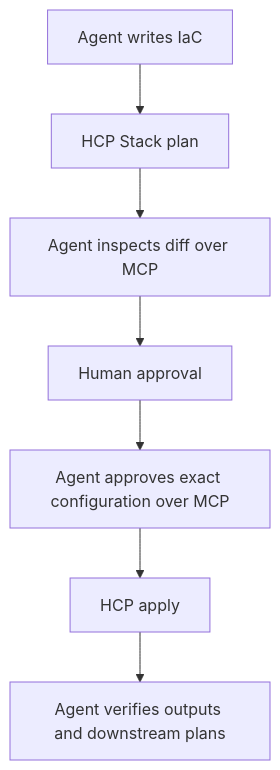
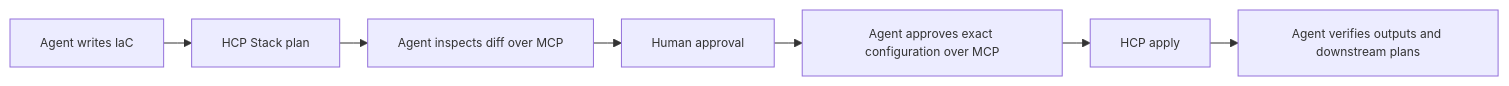
One commit to pilprod/yourown-chat changed the ninth of 10 diagrams in README.md. Above: the diagram before and after it, drawn with Mermaid. The commit also changed other lines of this file, not shown here.

Commit message:
docs: compact architecture diagrams

````diff
--- a/README.md
+++ b/README.md
@@ -756,9 +767,10 @@
 ```mermaid
-flowchart TB
+%%{init: {"flowchart": {"nodeSpacing": 18, "rankSpacing": 28, "curve": "linear"}, "themeVariables": {"fontSize": "12px"}}}%%
+flowchart LR
   C["Agent writes IaC"] --> P["HCP Stack plan"]
   P --> I["Agent inspects diff over MCP"]
   I --> H["Human approval"]
   H --> A["Agent approves exact configuration over MCP"]
   A --> R["HCP apply"]
   R --> V["Agent verifies outputs and downstream plans"]
 ```
````
